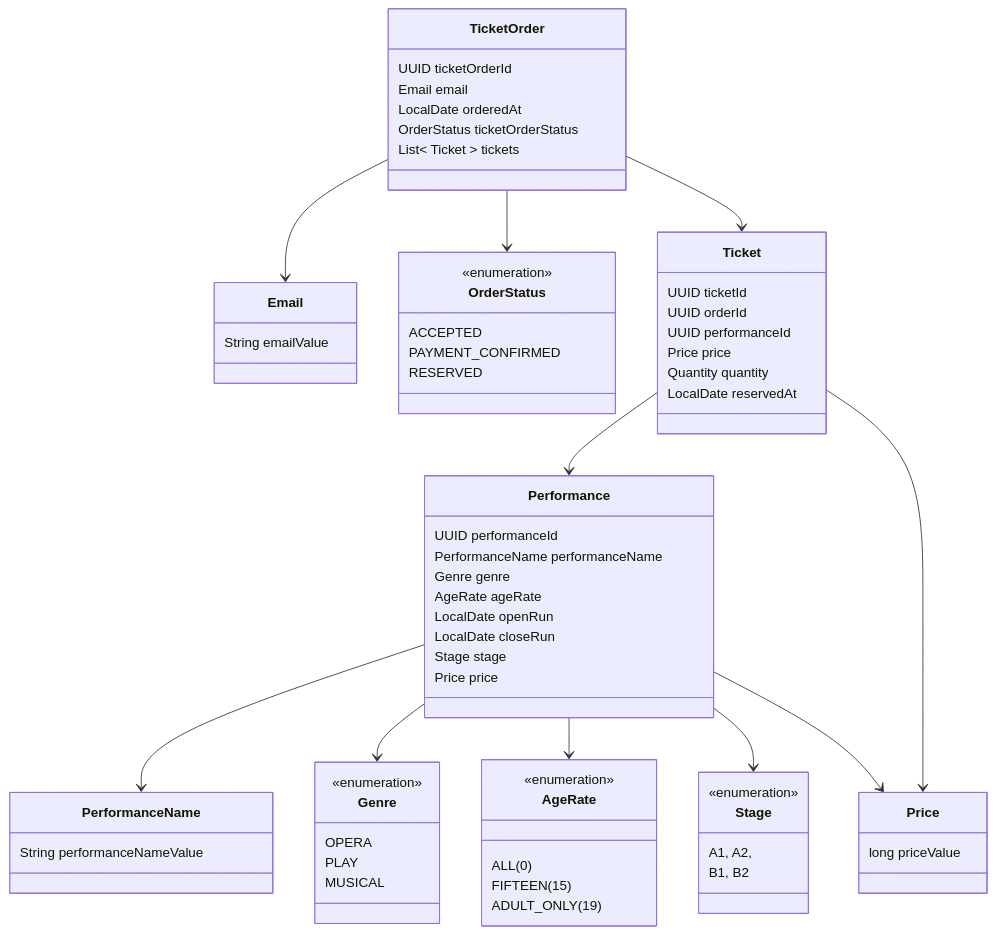
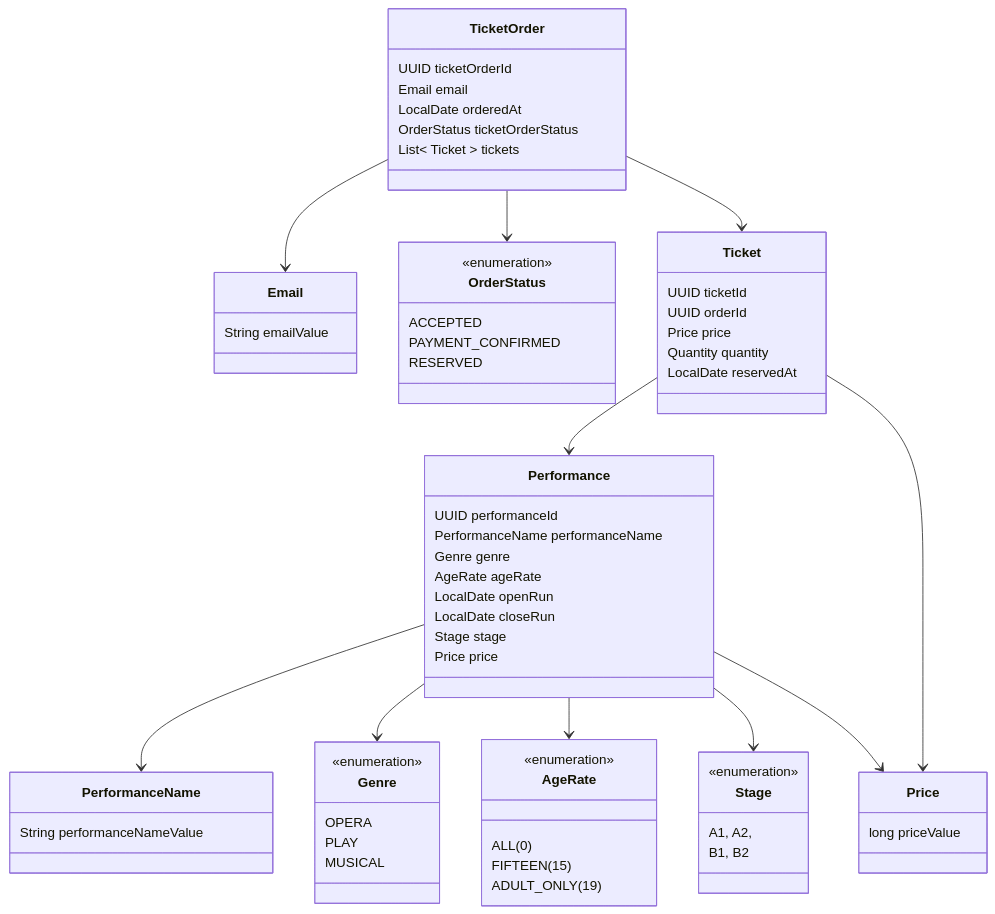
Before and after one commit to SY97P/Theatre_Manager_SpringBoot: the diagram in summary/domain_relation.mermaid, drawn with Mermaid. The commit also changed 5 other files, not shown here.

```diff
--- a/summary/domain_relation.mermaid
+++ b/summary/domain_relation.mermaid
@@ -1,84 +1,83 @@
 classDiagram
 
     %% domain TicketOrder
     class TicketOrder {
         UUID ticketOrderId
         Email email
         LocalDate orderedAt
         OrderStatus ticketOrderStatus
         List< Ticket > tickets
     }
 
     class Email {
         String emailValue
     }
 
     class OrderStatus {
         <<enumeration>>
         ACCEPTED
         PAYMENT_CONFIRMED
         RESERVED
     }
 
     TicketOrder --> Email
     TicketOrder --> OrderStatus
     TicketOrder --> Ticket
     Ticket --> Performance
 
     %% domain Ticket
     class Ticket {
         UUID ticketId
         UUID orderId
-        UUID performanceId
         Price price
         Quantity quantity
         LocalDate reservedAt
     }
 
     Ticket --> Price
 
     %% domain Performance
     class Performance {
         UUID performanceId
         PerformanceName performanceName
         Genre genre
         AgeRate ageRate
         LocalDate openRun
         LocalDate closeRun
         Stage stage
         Price price
     }
 
     class PerformanceName {
         String performanceNameValue
     }
 
     class Genre {
         <<enumeration>>
         OPERA
         PLAY
         MUSICAL
     }
 
     class AgeRate {
         <<enumeration>>
         ALL(0)
         FIFTEEN(15)
         ADULT_ONLY(19)
     }
 
     class Stage {
         <<enumeration>>
         A1, A2,
         B1, B2
     }
 
     class Price {
         long priceValue
     }
 
     Performance --> PerformanceName
     Performance --> Genre
     Performance --> AgeRate
     Performance --> Stage
     Performance --> Price
```
